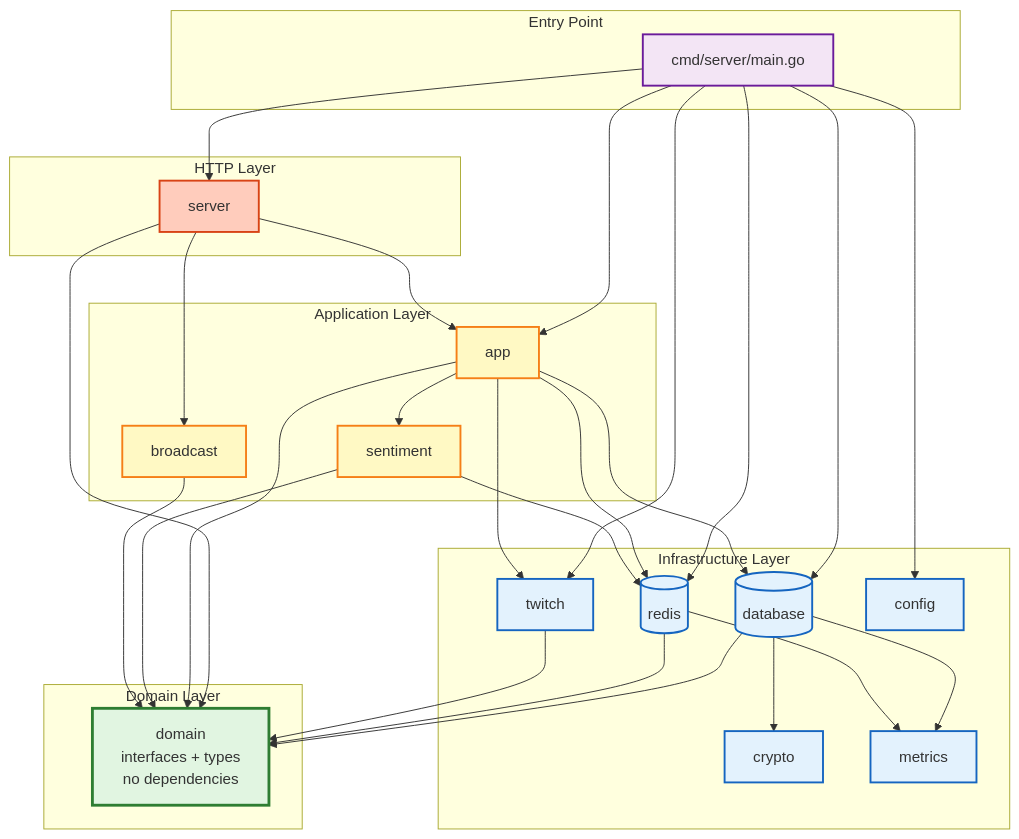
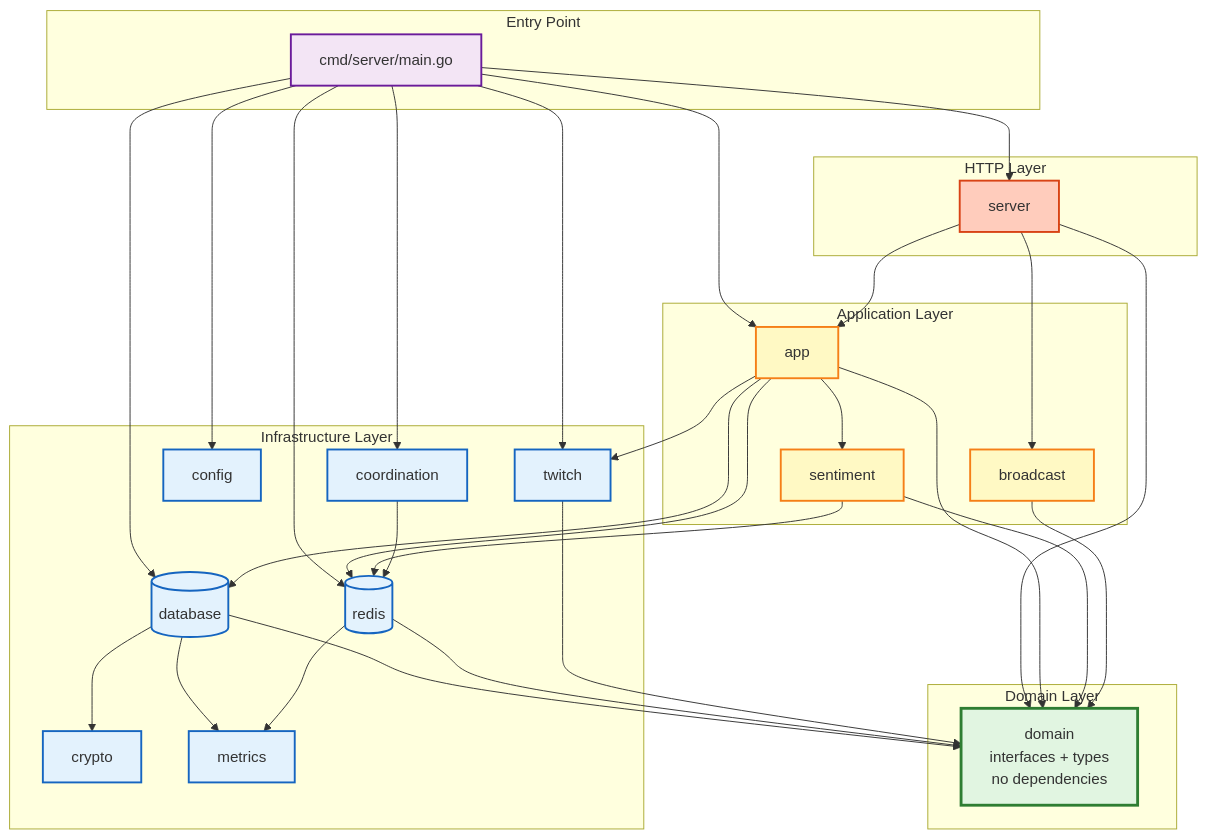
Before and after one commit to pscheid92/chatpulse: the diagram in CLAUDE.md, drawn with Mermaid. The commit also changed other lines of this file and 59 other files, not shown here.

Commit message:
Clean up code quality and plan architectural redesign

````diff
--- a/CLAUDE.md
+++ b/CLAUDE.md
@@ -89,79 +91,76 @@
 ```mermaid
 graph TB
     subgraph "Entry Point"
         main[cmd/server/main.go]
     end
 
     subgraph "HTTP Layer"
         server[server]
     end
 
     subgraph "Application Layer"
         app[app]
         sentiment[sentiment]
         broadcast[broadcast]
     end
 
     subgraph "Infrastructure Layer"
         database[(database)]
         redis[(redis)]
         crypto[crypto]
         twitch[twitch]
         config[config]
         metrics[metrics]
+        coordination[coordination]
     end
 
     subgraph "Domain Layer"
         domain[domain<br/>interfaces + types<br/>no dependencies]
     end
 
-    %% Entry point dependencies
     main --> server
     main --> app
     main --> database
     main --> redis
     main --> config
     main --> twitch
+    main --> coordination
 
-    %% HTTP layer dependencies
     server --> app
     server --> domain
     server --> broadcast
 
-    %% Application layer dependencies
     app --> database
     app --> redis
     app --> twitch
     app --> sentiment
     app --> domain
 
     sentiment --> redis
     sentiment --> domain
 
     broadcast --> domain
 
-    %% Infrastructure layer dependencies
+    coordination --> redis
+
     database --> domain
     database --> crypto
     database --> metrics
 
     redis --> domain
     redis --> metrics
 
     twitch --> domain
 
-    %% Metrics is leaf (no internal deps)
-
-    %% Styling
     classDef domainStyle fill:#e1f5e1,stroke:#2e7d32,stroke-width:3px
     classDef infraStyle fill:#e3f2fd,stroke:#1565c0,stroke-width:2px
     classDef appStyle fill:#fff9c4,stroke:#f57f17,stroke-width:2px
     classDef serverStyle fill:#ffccbc,stroke:#d84315,stroke-width:2px
     classDef mainStyle fill:#f3e5f5,stroke:#6a1b9a,stroke-width:2px
 
     class domain domainStyle
-    class database,redis,crypto,twitch,config,metrics infraStyle
+    class database,redis,crypto,twitch,config,metrics,coordination infraStyle
     class app,sentiment,broadcast appStyle
     class server serverStyle
     class main mainStyle
 ```
````
